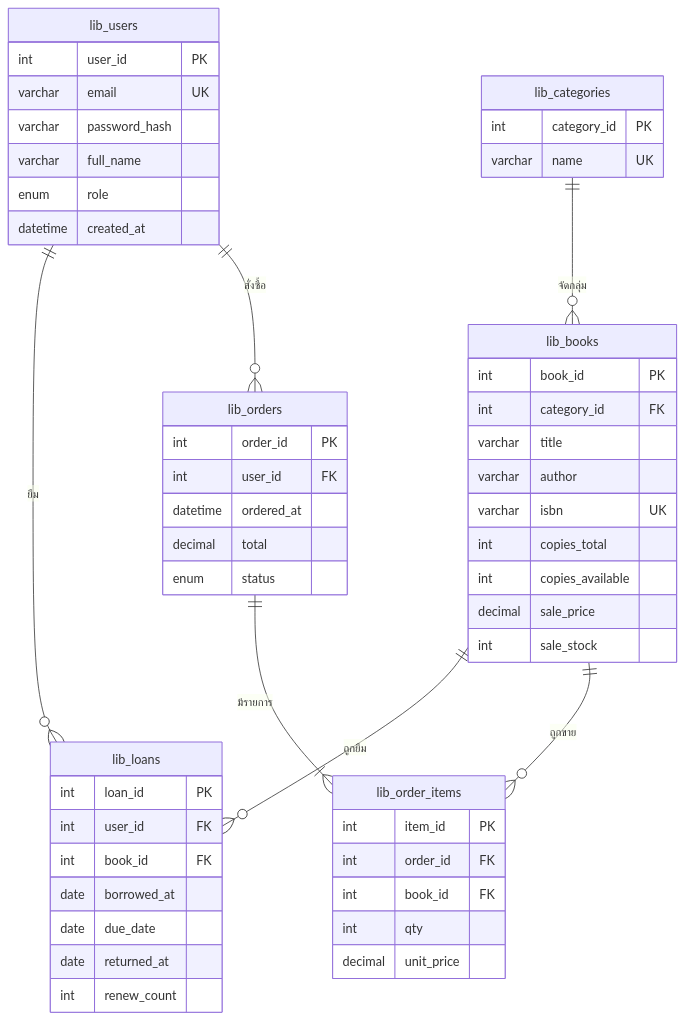
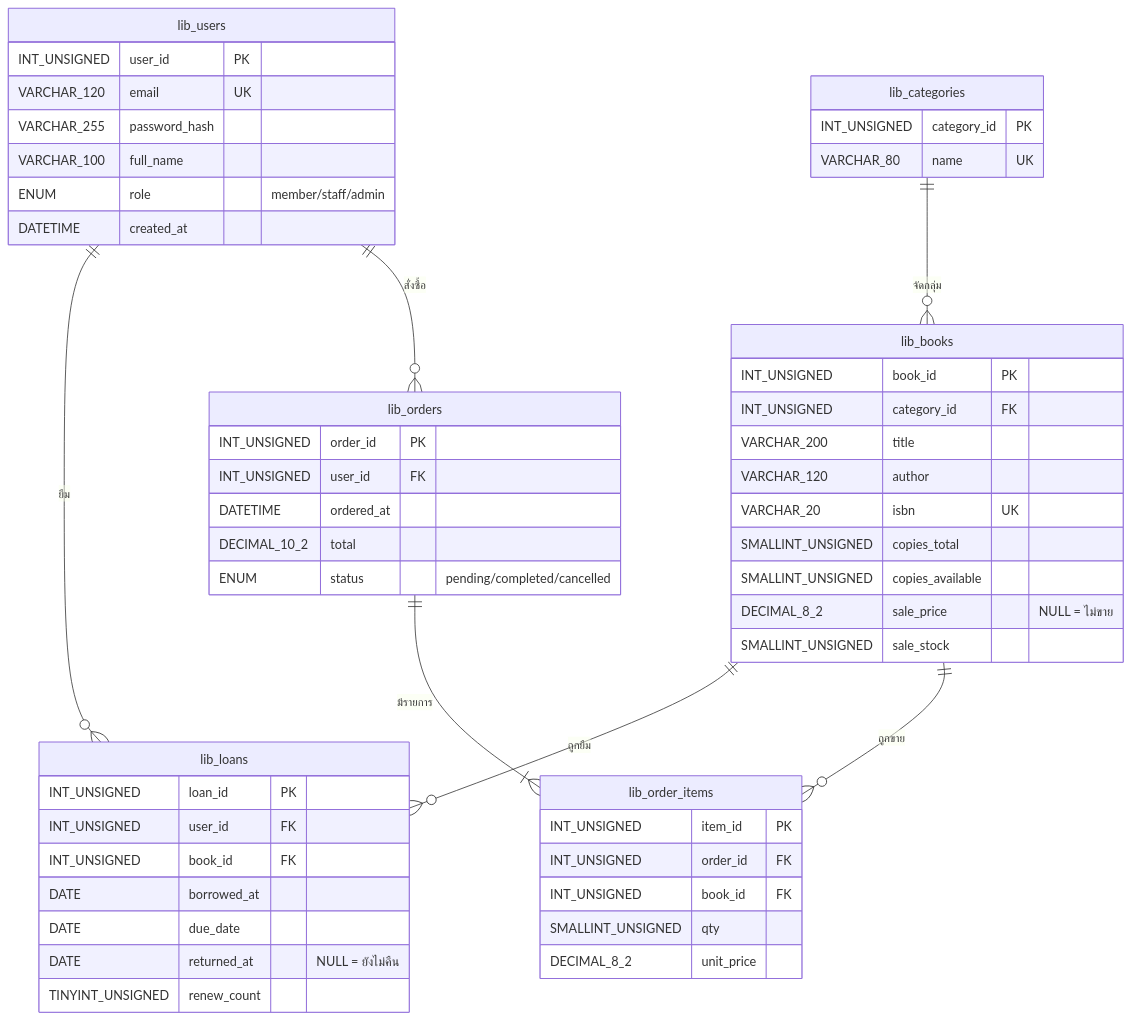
One commit to 68160053-hash/library-lending-system changed the second of 2 diagrams in docs/milestone1.md. Above: the diagram before and after it, drawn with Mermaid. The commit also changed other lines of this file and 1 other file, not shown here.

Commit message:
docs: align Milestone 1 docs with schema, name and progress
ER diagram and data dictionary match sql/schema.sql, new app name,
repo and prototype links, updated day-by-day plan and security notes.

````diff
--- a/docs/milestone1.md
+++ b/docs/milestone1.md
@@ -62,44 +63,56 @@
 ```mermaid
 erDiagram
   lib_users ||--o{ lib_loans : "ยืม"
   lib_books ||--o{ lib_loans : "ถูกยืม"
   lib_users ||--o{ lib_orders : "สั่งซื้อ"
   lib_orders ||--|{ lib_order_items : "มีรายการ"
   lib_books ||--o{ lib_order_items : "ถูกขาย"
   lib_categories ||--o{ lib_books : "จัดกลุ่ม"
 
-  lib_users { int user_id PK
-    varchar email UK
-    varchar password_hash
-    varchar full_name
-    enum role
-    datetime created_at }
-  lib_categories { int category_id PK
-    varchar name UK }
-  lib_books { int book_id PK
-    int category_id FK
-    varchar title
-    varchar author
-    varchar isbn UK
-    int copies_total
-    int copies_available
-    decimal sale_price
-    int sale_stock }
-  lib_loans { int loan_id PK
-    int user_id FK
-    int book_id FK
-    date borrowed_at
-    date due_date
-    date returned_at
-    int renew_count }
-  lib_orders { int order_id PK
-    int user_id FK
-    datetime ordered_at
-    decimal total
-    enum status }
-  lib_order_items { int item_id PK
-    int order_id FK
-    int book_id FK
-    int qty
-    decimal unit_price }
+  lib_users {
+    INT_UNSIGNED user_id PK
+    VARCHAR_120 email UK
+    VARCHAR_255 password_hash
+    VARCHAR_100 full_name
+    ENUM role "member/staff/admin"
+    DATETIME created_at
+  }
+  lib_categories {
+    INT_UNSIGNED category_id PK
+    VARCHAR_80 name UK
+  }
+  lib_books {
+    INT_UNSIGNED book_id PK
+    INT_UNSIGNED category_id FK
+    VARCHAR_200 title
+    VARCHAR_120 author
+    VARCHAR_20 isbn UK
+    SMALLINT_UNSIGNED copies_total
+    SMALLINT_UNSIGNED copies_available
+    DECIMAL_8_2 sale_price "NULL = ไม่ขาย"
+    SMALLINT_UNSIGNED sale_stock
+  }
+  lib_loans {
+    INT_UNSIGNED loan_id PK
+    INT_UNSIGNED user_id FK
+    INT_UNSIGNED book_id FK
+    DATE borrowed_at
+    DATE due_date
+    DATE returned_at "NULL = ยังไม่คืน"
+    TINYINT_UNSIGNED renew_count
+  }
+  lib_orders {
+    INT_UNSIGNED order_id PK
+    INT_UNSIGNED user_id FK
+    DATETIME ordered_at
+    DECIMAL_10_2 total
+    ENUM status "pending/completed/cancelled"
+  }
+  lib_order_items {
+    INT_UNSIGNED item_id PK
+    INT_UNSIGNED order_id FK
+    INT_UNSIGNED book_id FK
+    SMALLINT_UNSIGNED qty
+    DECIMAL_8_2 unit_price
+  }
 ```
````
